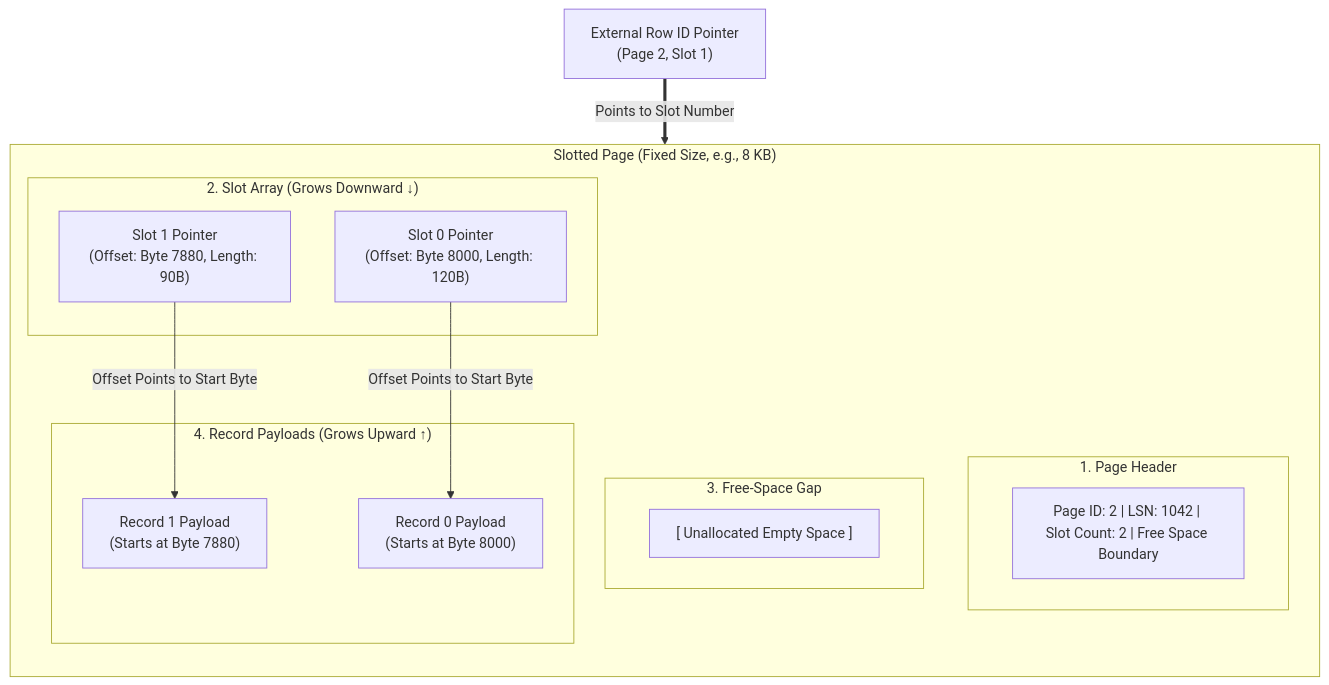
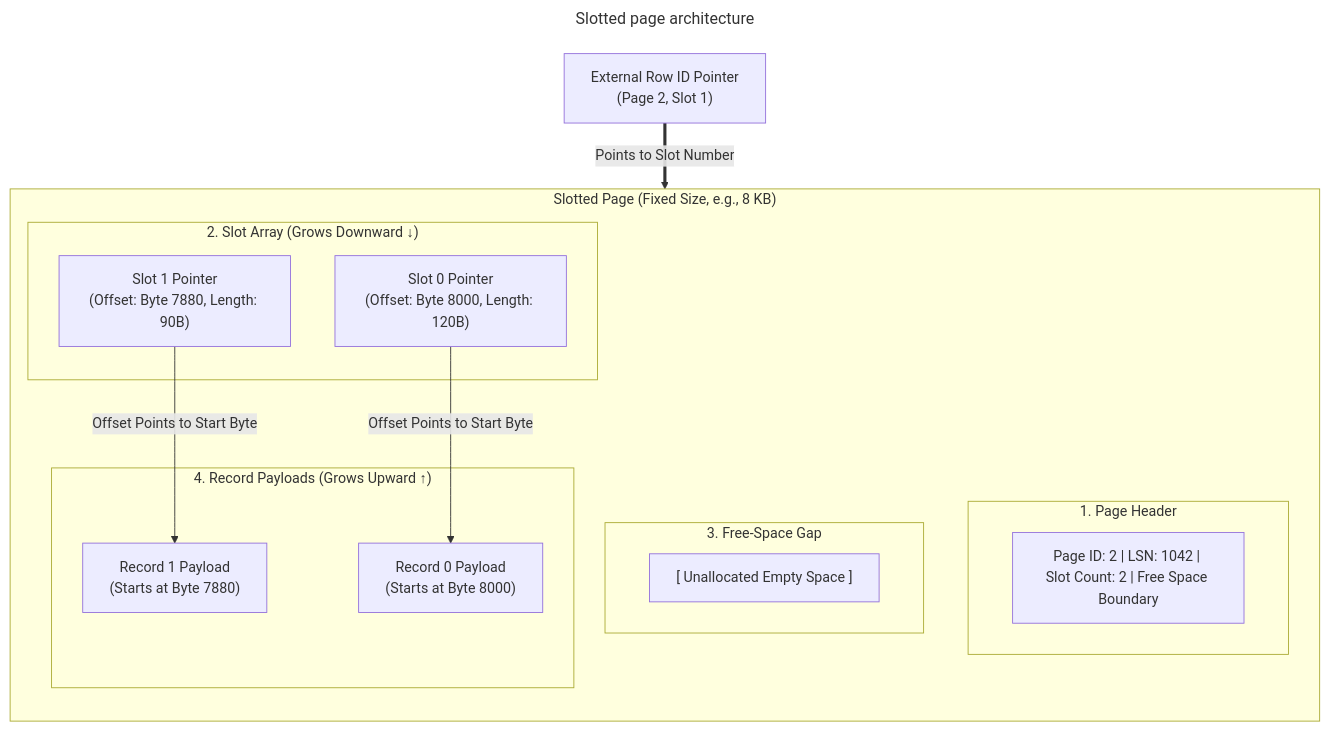
Before and after one commit to VineethChivukula/dedocs: the third of 4 diagrams in content/sql/database-storage-engine-internals.md, drawn with Mermaid. The commit also changed other lines of this file and 3 other files, not shown here.

````diff
--- a/content/sql/database-storage-engine-internals.md
+++ b/content/sql/database-storage-engine-internals.md
@@ -171,31 +177,34 @@
 ```mermaid
+---
+title: Slotted page architecture
+---
 graph TD
     subgraph Page ["Slotted Page (Fixed Size, e.g., 8 KB)"]
         direction TB
 
         subgraph Header ["1. Page Header"]
             H_Info["Page ID: 2 | LSN: 1042 | Slot Count: 2 | Free Space Boundary"]
         end
 
         subgraph Slots ["2. Slot Array (Grows Downward ↓)"]
             Slot0["Slot 0 Pointer<br/>(Offset: Byte 8000, Length: 120B)"]
             Slot1["Slot 1 Pointer<br/>(Offset: Byte 7880, Length: 90B)"]
         end
 
         subgraph Gap ["3. Free-Space Gap"]
             Free["[ Unallocated Empty Space ]"]
         end
 
         subgraph Payloads ["4. Record Payloads (Grows Upward ↑)"]
             Rec1["Record 1 Payload<br/>(Starts at Byte 7880)"]
             Rec0["Record 0 Payload<br/>(Starts at Byte 8000)"]
         end
     end
 
     %% External Reference
     RowID["External Row ID Pointer<br/>(Page 2, Slot 1)"] ==>|"Points to Slot Number"| Slot1
 
     %% Internal Slot Pointers
     Slot0 -->|"Offset Points to Start Byte"| Rec0
     Slot1 -->|"Offset Points to Start Byte"| Rec1
 ```
````
